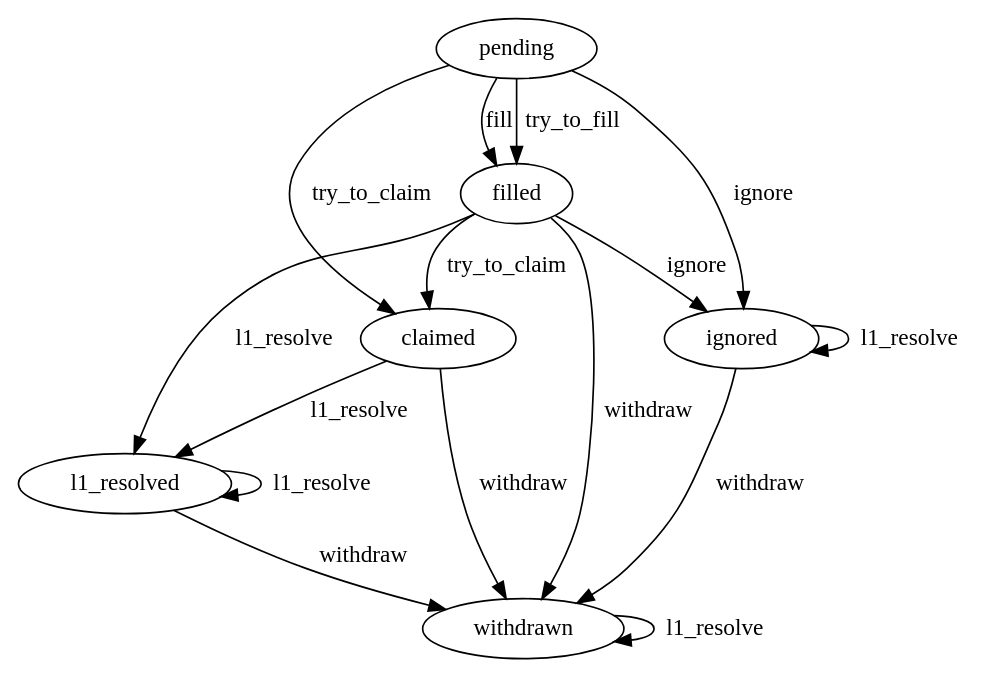
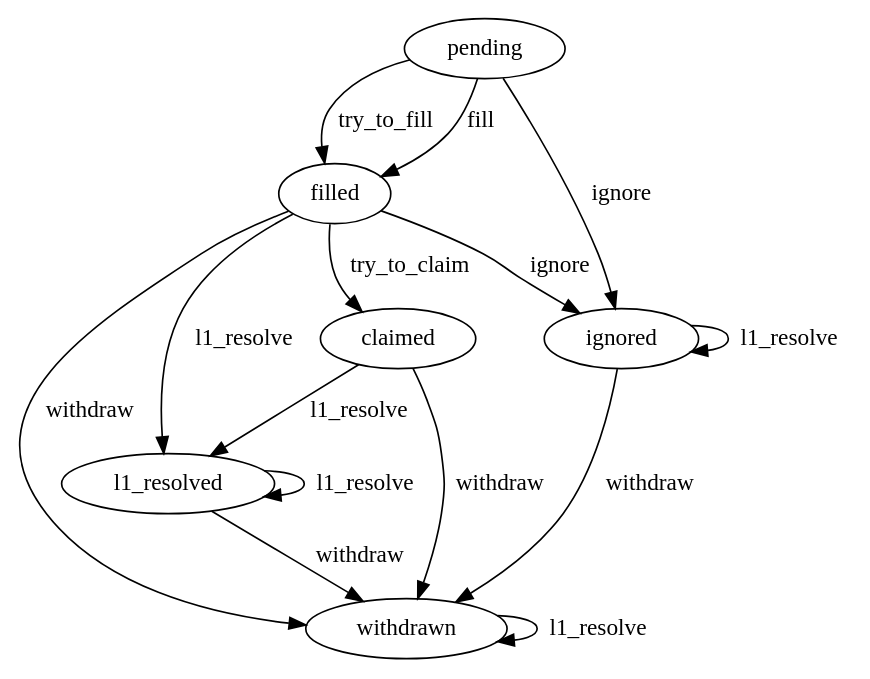
Before and after one commit to beamer-bridge/beamer: the diagram in docs/source/request_state_machine.dot, drawn with Graphviz.

Commit message:
docs: update request_state_machine.dot removing try_to_claim transitions

```diff
--- a/docs/source/request_state_machine.dot
+++ b/docs/source/request_state_machine.dot
@@ -1,25 +1,24 @@
 digraph request_state_machine {
     node [] pending, filled, claimed, l1_resolved, withdrawn, ignored;
 
     pending -> filled [label = fill];
     pending -> filled [label = try_to_fill];
     pending -> ignored [label = ignore];
-    pending -> claimed [label = try_to_claim];
 
     filled -> claimed [label = try_to_claim];
 
     claimed -> withdrawn [label = withdraw];
     claimed -> l1_resolved [label = l1_resolve];
 
     l1_resolved -> withdrawn [label = withdraw];
     l1_resolved -> l1_resolved [label = l1_resolve];
 
     filled -> withdrawn [label = withdraw];
     filled -> ignored [label = ignore];
     filled -> l1_resolved [label = l1_resolve];
 
     ignored -> withdrawn [label = withdraw];
 
     ignored -> ignored [label = l1_resolve];
     withdrawn -> withdrawn [label = l1_resolve];
 }
```
